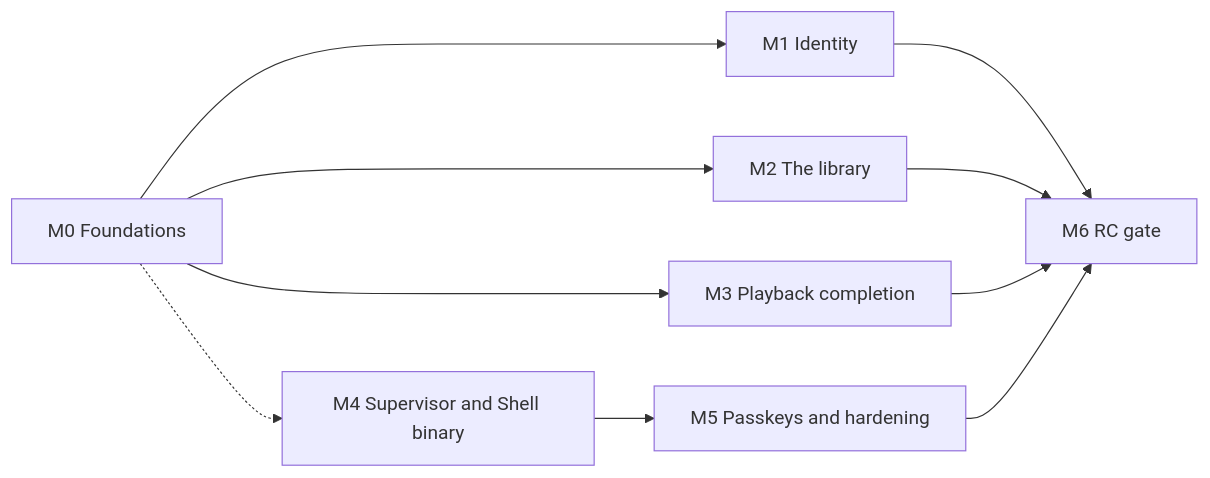
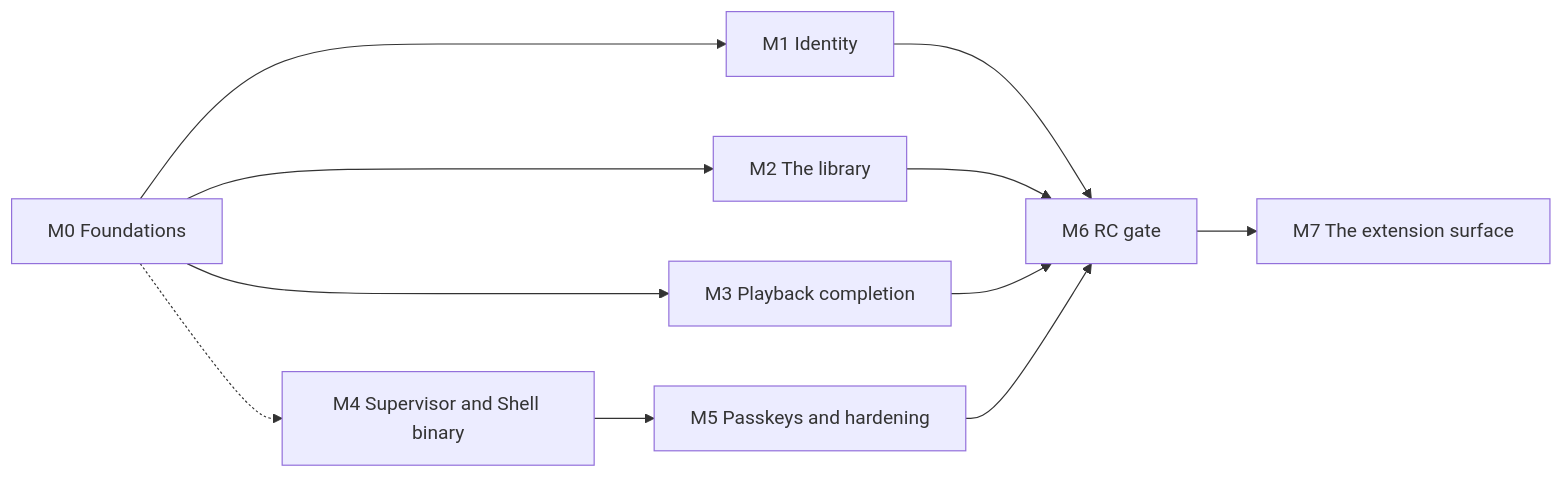
One commit to mosaic-media/architecture changed the diagram in docs/roadmap.md. Above: the diagram before and after it, drawn with Mermaid. The commit also changed other lines of this file and 4 other files, not shown here.

First line of the commit message:
M3 is six slices, not seven, and the roadmap gains M7

````diff
--- a/docs/roadmap.md
+++ b/docs/roadmap.md
@@ -236,12 +236,13 @@
 ```mermaid
 graph LR
   M0[M0 Foundations] --> M1[M1 Identity]
   M0 --> M2[M2 The library]
   M0 --> M3[M3 Playback completion]
   M1 --> M6[M6 RC gate]
   M2 --> M6
   M3 --> M6
   M4[M4 Supervisor and Shell binary] --> M5[M5 Passkeys and hardening]
   M5 --> M6
   M0 -.-> M4
+  M6 --> M7[M7 The extension surface]
 ```
````
